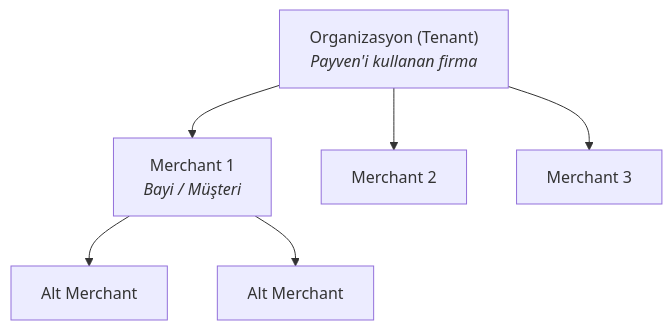
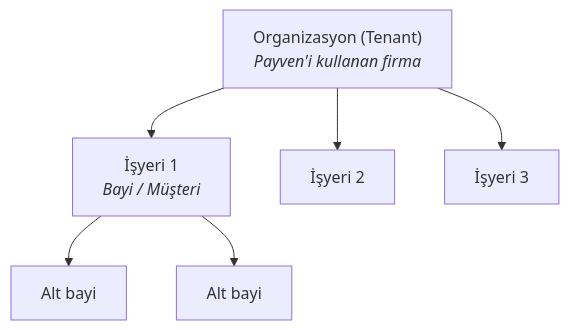
Before and after one commit to payment-pos/mintlify: the second of 3 diagrams in documentation/architecture.mdx, drawn with Mermaid. The commit also changed other lines of this file and 135 other files, not shown here.

````diff
--- a/documentation/architecture.mdx
+++ b/documentation/architecture.mdx
@@ -43,15 +45,15 @@
 ```mermaid
 flowchart TB
     T["Organizasyon (Tenant)<br/><i>Payven'i kullanan firma</i>"]
-    M1["Merchant 1<br/><i>Bayi / Müşteri</i>"]
-    M2["Merchant 2"]
-    M3["Merchant 3"]
-    SM1["Alt Merchant"]
-    SM2["Alt Merchant"]
+    M1["İşyeri 1<br/><i>Bayi / Müşteri</i>"]
+    M2["İşyeri 2"]
+    M3["İşyeri 3"]
+    SM1["Alt bayi"]
+    SM2["Alt bayi"]
 
     T --> M1
     T --> M2
     T --> M3
     M1 --> SM1
     M1 --> SM2
 ```
````
